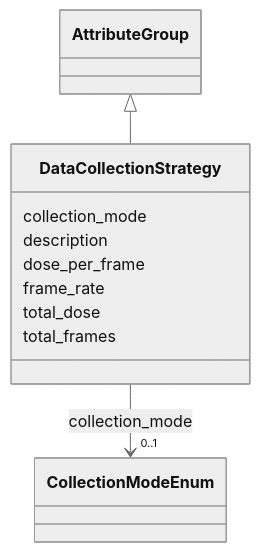
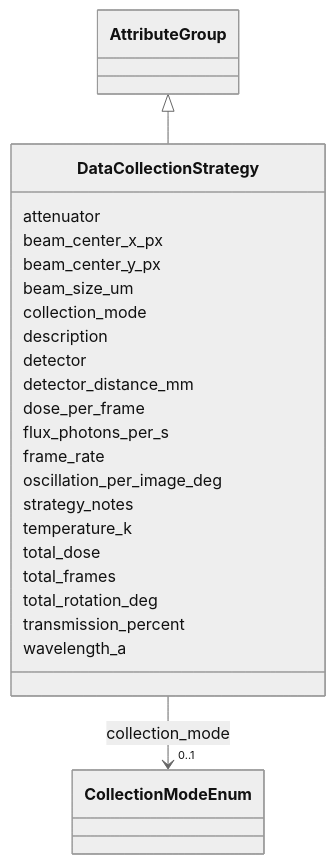
The diagram in docs/DataCollectionStrategy.md (lambda-ber/lambda-ber-schema), drawn with Mermaid (neutral theme) before and after one commit. The commit also changed other lines of this file and 338 other files, not shown here.

````diff
--- a/docs/DataCollectionStrategy.md
+++ b/docs/DataCollectionStrategy.md
@@ -18,30 +18,56 @@
 ```mermaid
  classDiagram
     class DataCollectionStrategy
     click DataCollectionStrategy href "../DataCollectionStrategy/"
       AttributeGroup <|-- DataCollectionStrategy
         click AttributeGroup href "../AttributeGroup/"
       
+      DataCollectionStrategy : attenuator
+        
+      DataCollectionStrategy : beam_center_x_px
+        
+      DataCollectionStrategy : beam_center_y_px
+        
+      DataCollectionStrategy : beam_size_um
+        
       DataCollectionStrategy : collection_mode
         
           
     
         
         
         DataCollectionStrategy --> "0..1" CollectionModeEnum : collection_mode
         click CollectionModeEnum href "../CollectionModeEnum/"
     
 
         
       DataCollectionStrategy : description
         
+      DataCollectionStrategy : detector
+        
+      DataCollectionStrategy : detector_distance_mm
+        
       DataCollectionStrategy : dose_per_frame
         
+      DataCollectionStrategy : flux_photons_per_s
+        
       DataCollectionStrategy : frame_rate
+        
+      DataCollectionStrategy : oscillation_per_image_deg
+        
+      DataCollectionStrategy : strategy_notes
+        
+      DataCollectionStrategy : temperature_k
         
       DataCollectionStrategy : total_dose
         
       DataCollectionStrategy : total_frames
         
+      DataCollectionStrategy : total_rotation_deg
+        
+      DataCollectionStrategy : transmission_percent
+        
+      DataCollectionStrategy : wavelength_a
+        
       
 ```
````
